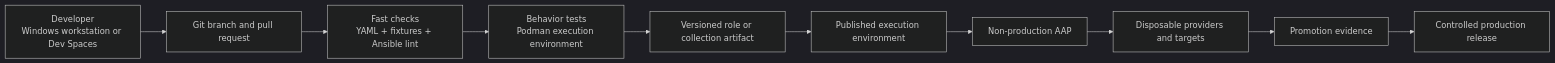
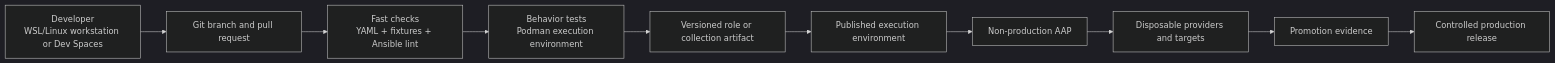
One commit to KhalilGibrotha/pipeline-playground changed the fifth of 9 diagrams in docs/process-views.md. Above: the diagram before and after it, drawn with Mermaid (dark theme). The commit also changed 29 other files, not shown here.

````diff
--- a/docs/process-views.md
+++ b/docs/process-views.md
@@ -130,12 +130,12 @@
 ```mermaid
 flowchart LR
-    A["Developer<br/>Windows workstation or Dev Spaces"] --> B["Git branch and pull request"]
+    A["Developer<br/>WSL/Linux workstation or Dev Spaces"] --> B["Git branch and pull request"]
     B --> C["Fast checks<br/>YAML + fixtures + Ansible lint"]
     C --> D["Behavior tests<br/>Podman execution environment"]
     D --> E["Versioned role or collection artifact"]
     E --> F["Published execution environment"]
     F --> G["Non-production AAP"]
     G --> H["Disposable providers and targets"]
     H --> I["Promotion evidence"]
     I --> J["Controlled production release"]
 ```
````
